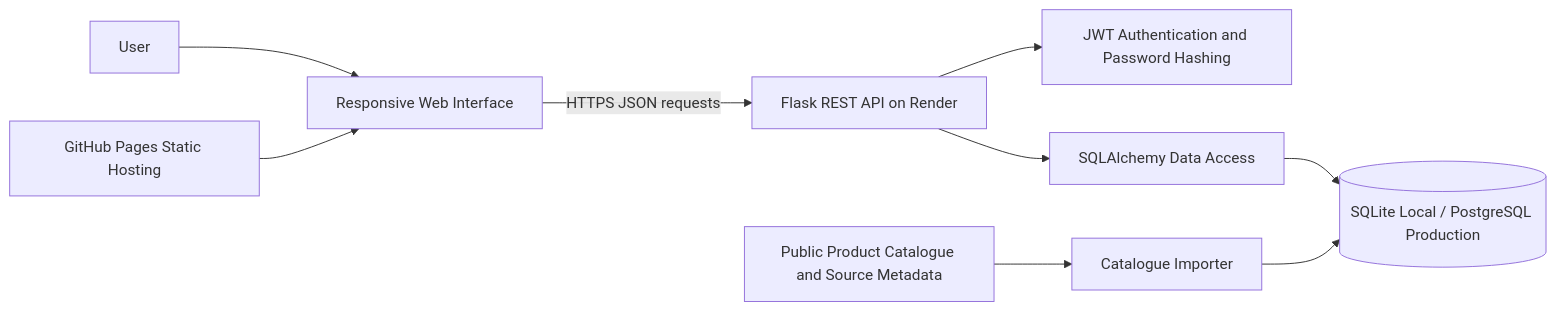
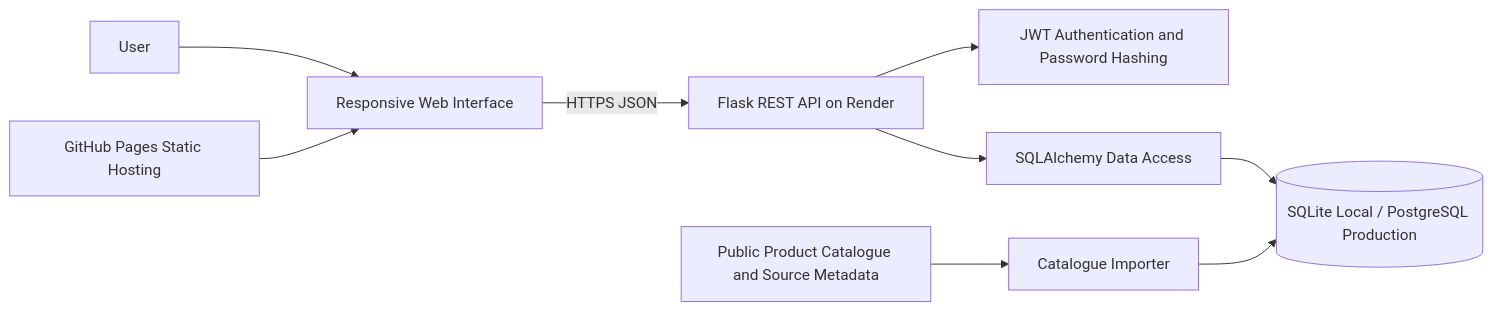
Before and after one commit to Chu-Junjie/CP3407-PROJECT: the first of 6 diagrams in docs/v3-design-and-architecture.md, drawn with Mermaid. The commit also changed other lines of this file, not shown here.

````diff
--- a/docs/v3-design-and-architecture.md
+++ b/docs/v3-design-and-architecture.md
@@ -45,21 +47,21 @@
 ```mermaid
 flowchart LR
     User[User]
     Browser[Responsive Web Interface]
     Pages[GitHub Pages Static Hosting]
     API[Flask REST API on Render]
     Auth[JWT Authentication and Password Hashing]
     ORM[SQLAlchemy Data Access]
     DB[(SQLite Local / PostgreSQL Production)]
     Importer[Catalogue Importer]
     PublicData[Public Product Catalogue and Source Metadata]
 
     User --> Browser
     Pages --> Browser
-    Browser -->|HTTPS JSON requests| API
+    Browser -->|HTTPS JSON| API
     API --> Auth
     API --> ORM
     ORM --> DB
     PublicData --> Importer
     Importer --> DB
 ```
````
